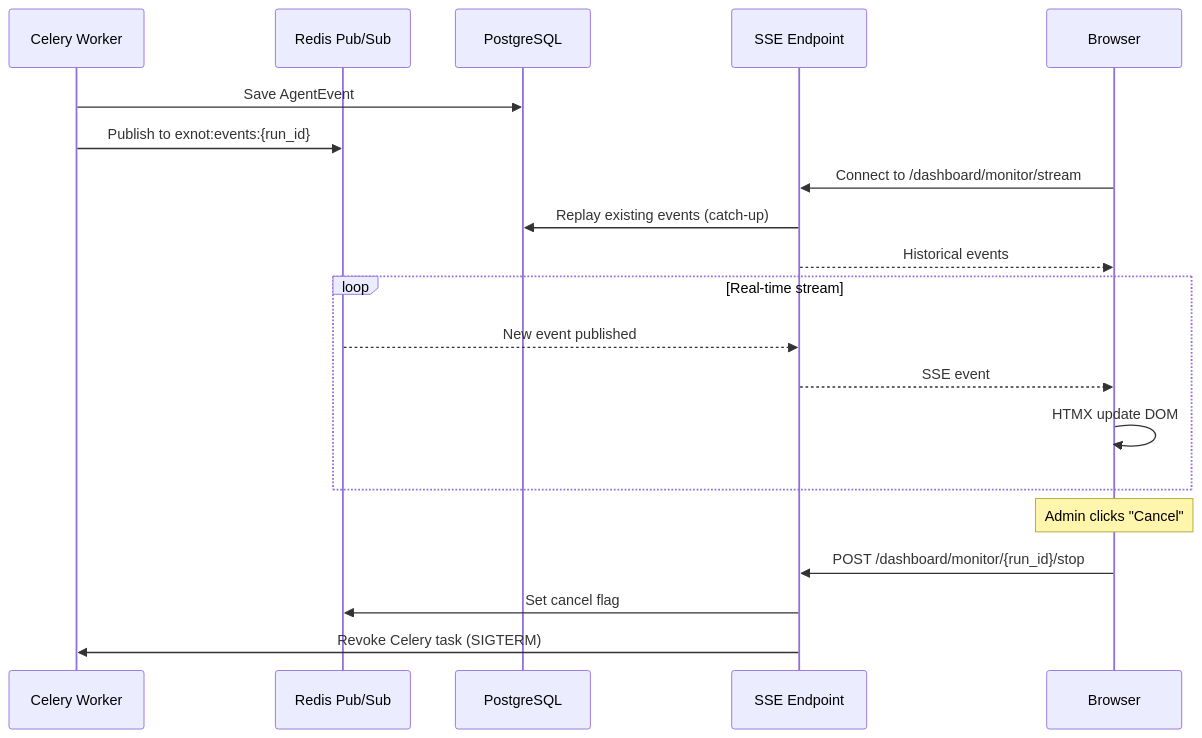
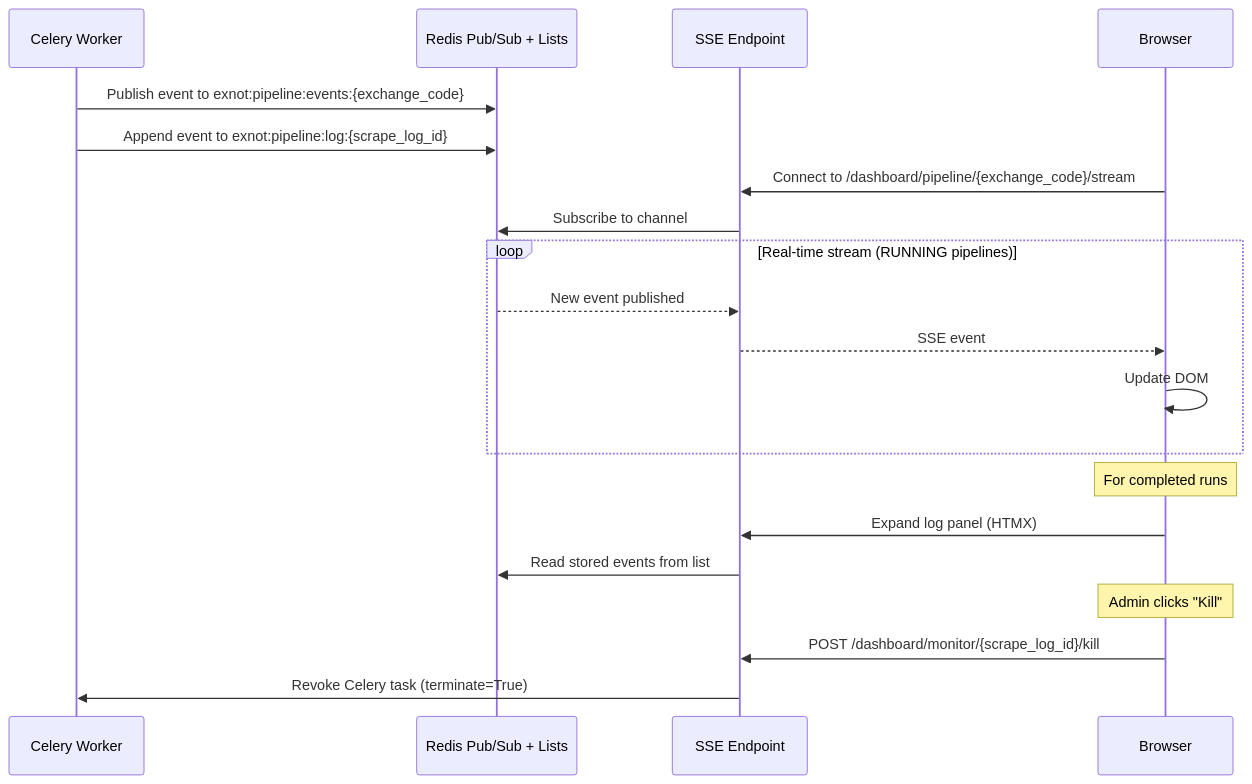
The second of 2 diagrams in docs/wiki/Dashboard-and-Monitoring.md (seoyds/exnot), drawn with Mermaid before and after one commit. The commit also changed other lines of this file and 11 other files, not shown here.

````diff
--- a/docs/wiki/Dashboard-and-Monitoring.md
+++ b/docs/wiki/Dashboard-and-Monitoring.md
@@ -72,26 +72,27 @@
 ```mermaid
 sequenceDiagram
     participant Worker as Celery Worker
-    participant Redis as Redis Pub/Sub
-    participant DB as PostgreSQL
+    participant Redis as Redis Pub/Sub + Lists
     participant SSE as SSE Endpoint
     participant Browser
 
-    Worker->>DB: Save AgentEvent
-    Worker->>Redis: Publish to exnot:events:{run_id}
+    Worker->>Redis: Publish event to exnot:pipeline:events:{exchange_code}
+    Worker->>Redis: Append event to exnot:pipeline:log:{scrape_log_id}
 
-    Browser->>SSE: Connect to /dashboard/monitor/stream
-    SSE->>DB: Replay existing events (catch-up)
-    SSE-->>Browser: Historical events
+    Browser->>SSE: Connect to /dashboard/pipeline/{exchange_code}/stream
+    SSE->>Redis: Subscribe to channel
 
-    loop Real-time stream
+    loop Real-time stream (RUNNING pipelines)
         Redis-->>SSE: New event published
         SSE-->>Browser: SSE event
-        Browser->>Browser: HTMX update DOM
+        Browser->>Browser: Update DOM
     end
 
-    Note over Browser: Admin clicks "Cancel"
-    Browser->>SSE: POST /dashboard/monitor/{run_id}/stop
-    SSE->>Redis: Set cancel flag
-    SSE->>Worker: Revoke Celery task (SIGTERM)
+    Note over Browser: For completed runs
+    Browser->>SSE: Expand log panel (HTMX)
+    SSE->>Redis: Read stored events from list
+
+    Note over Browser: Admin clicks "Kill"
+    Browser->>SSE: POST /dashboard/monitor/{scrape_log_id}/kill
+    SSE->>Worker: Revoke Celery task (terminate=True)
 ```
````
